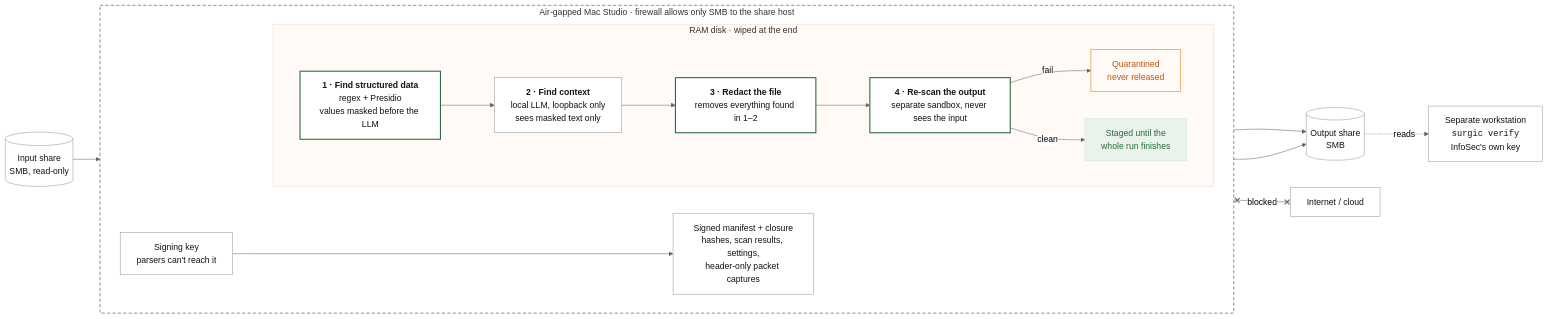
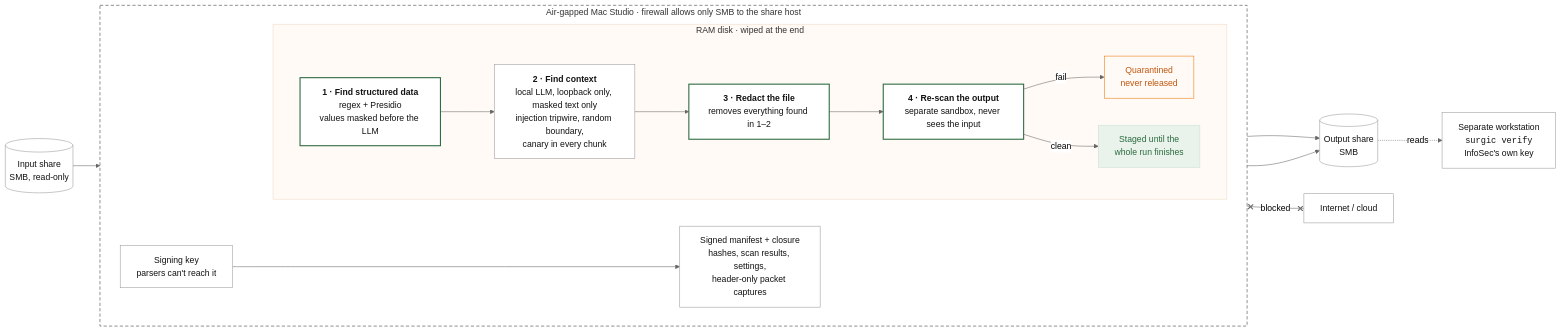
Before and after one commit to pu-shd/surgic: the diagram in docs/INFOSEC.md, drawn with Mermaid (neutral theme). The commit also changed other lines of this file and 28 other files, not shown here.

First line of the commit message:
Prompt-injection defenses: tripwire, random boundaries, canaries; Promptfoo red team

````diff
--- a/docs/INFOSEC.md
+++ b/docs/INFOSEC.md
@@ -14,37 +14,37 @@
 ```mermaid
 flowchart LR
     IN[("Input share<br/>SMB, read-only")]
     OUT[("Output share<br/>SMB")]
     NET["Internet / cloud"]
     PC["Separate workstation<br/><code>surgic verify</code><br/>InfoSec's own key"]
 
     subgraph MAC["Air-gapped Mac Studio · firewall allows only SMB to the share host"]
         direction LR
         subgraph RAM["RAM disk · wiped at the end"]
             direction LR
             S1["<b>1 · Find structured data</b><br/>regex + Presidio<br/>values masked before the LLM"]:::sbx
-            S2["<b>2 · Find context</b><br/>local LLM, loopback only<br/>sees masked text only"]
+            S2["<b>2 · Find context</b><br/>local LLM, loopback only, masked text only<br/>injection tripwire, random boundary,<br/>canary in every chunk"]
             S3["<b>3 · Redact the file</b><br/>removes everything found in 1–2"]:::sbx
             S4["<b>4 · Re-scan the output</b><br/>separate sandbox, never sees the input"]:::sbx
             Q["Quarantined<br/>never released"]:::bad
             ST["Staged until the<br/>whole run finishes"]:::ok
         end
         KEY["Signing key<br/>parsers can't reach it"]
         MAN["Signed manifest + closure<br/>hashes, scan results, settings,<br/>header-only packet captures"]
     end
 
     IN --> S1 --> S2 --> S3 --> S4
     S4 -- fail --> Q
     S4 -- clean --> ST
     ST --> OUT
     KEY --> MAN --> OUT
     OUT -. reads .-> PC
     MAC x-- blocked --x NET
 
     classDef default fill:#ffffff,stroke:#999999,color:#121212
     classDef sbx fill:#ffffff,stroke:#2b6a3f,stroke-width:2px,color:#121212
     classDef ok fill:#e9f3ec,stroke:#c9e2d1,color:#2b6a3f
     classDef bad fill:#fffaf6,stroke:#e77500,color:#c1560e
     style MAC fill:#ffffff,stroke:#333333,stroke-dasharray: 6 4
     style RAM fill:#fffaf6,stroke:#f0d9c4
 ```
````
